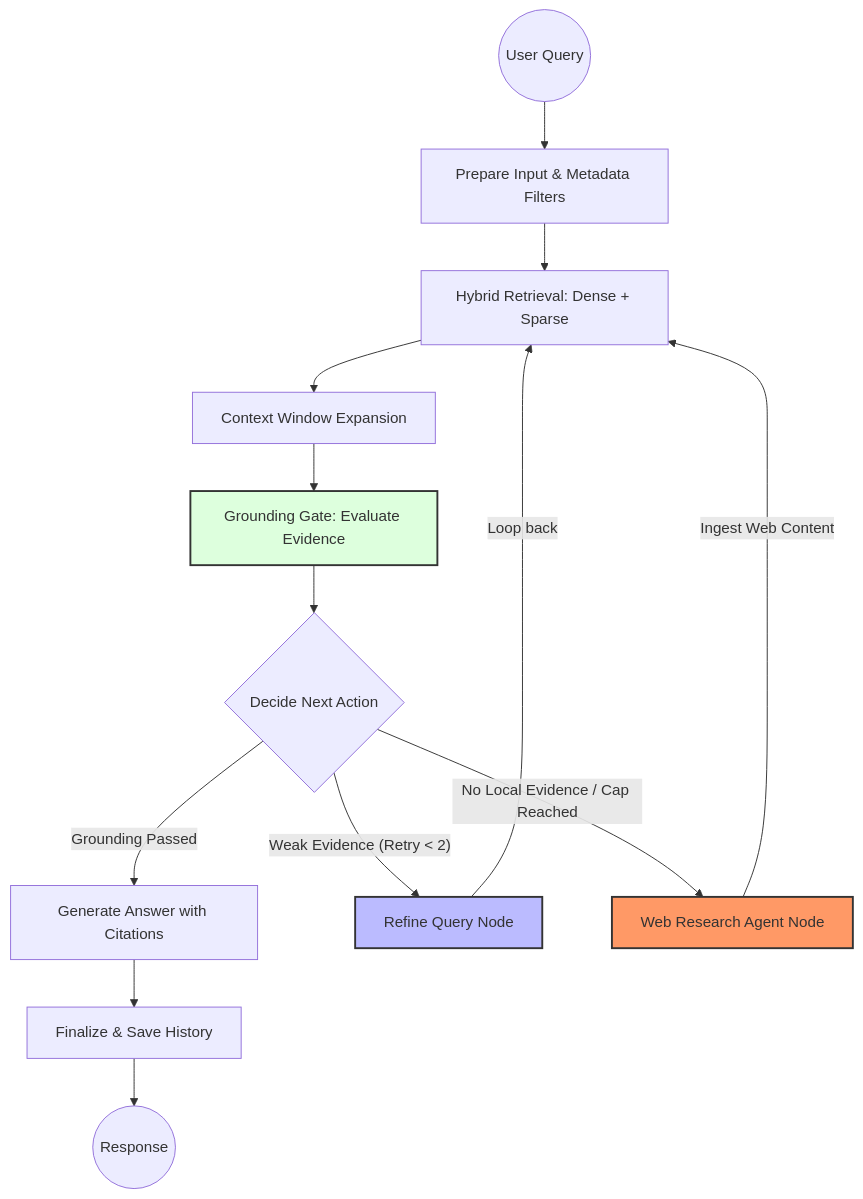
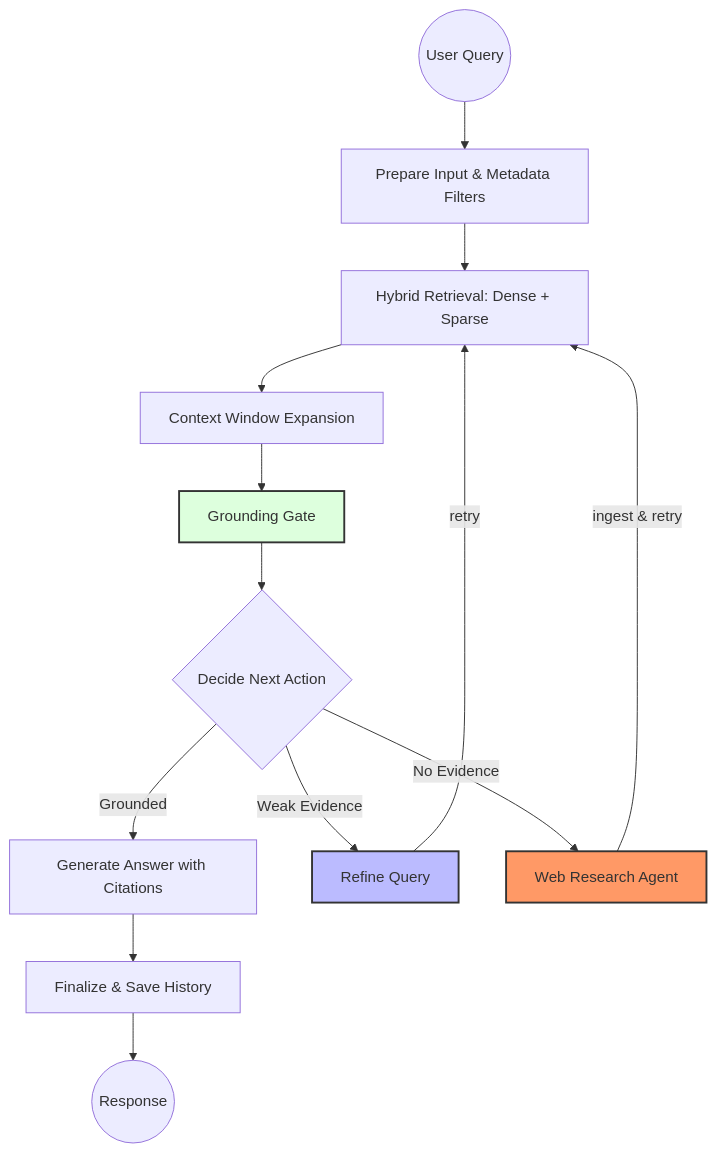
Before and after one commit to Matcry12/Rabbook: the diagram in README.md, drawn with Mermaid. The commit also changed other lines of this file and 5 other files, not shown here.

````diff
--- a/README.md
+++ b/README.md
@@ -30,23 +50,23 @@
 ```mermaid
 flowchart TD
     Start((User Query)) --> Prepare[Prepare Input & Metadata Filters]
     Prepare --> Retrieve[Hybrid Retrieval: Dense + Sparse]
     Retrieve --> Expand[Context Window Expansion]
-    Expand --> Ground[Grounding Gate: Evaluate Evidence]
-    
+    Expand --> Ground[Grounding Gate]
+
     Ground --> Decide{Decide Next Action}
-    
-    Decide -- "Grounding Passed" --> Generate[Generate Answer with Citations]
-    Decide -- "Weak Evidence (Retry < 2)" --> Refine[Refine Query Node]
-    Decide -- "No Local Evidence / Cap Reached" --> Research[Web Research Agent Node]
-    
-    Refine -->|Loop back| Retrieve
-    Research -->|Ingest Web Content| Retrieve
-    
+
+    Decide -- "Grounded" --> Generate[Generate Answer with Citations]
+    Decide -- "Weak Evidence" --> Refine[Refine Query]
+    Decide -- "No Evidence" --> Research[Web Research Agent]
+
+    Refine -->|retry| Retrieve
+    Research -->|ingest & retry| Retrieve
+
     Generate --> Finalize[Finalize & Save History]
     Finalize --> End((Response))
-    
+
     style Research fill:#f96,stroke:#333,stroke-width:2px
     style Refine fill:#bbf,stroke:#333,stroke-width:2px
     style Ground fill:#dfd,stroke:#333,stroke-width:2px
 ```
````
